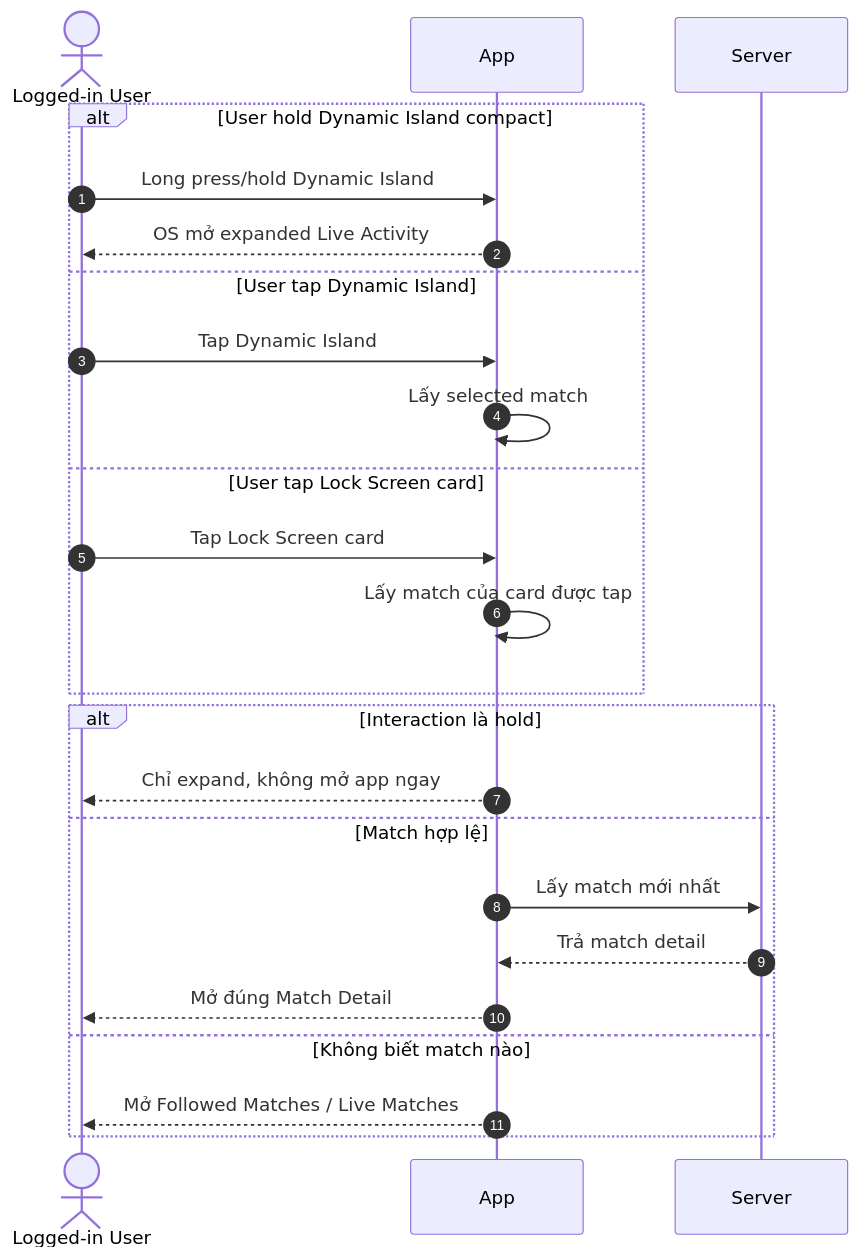
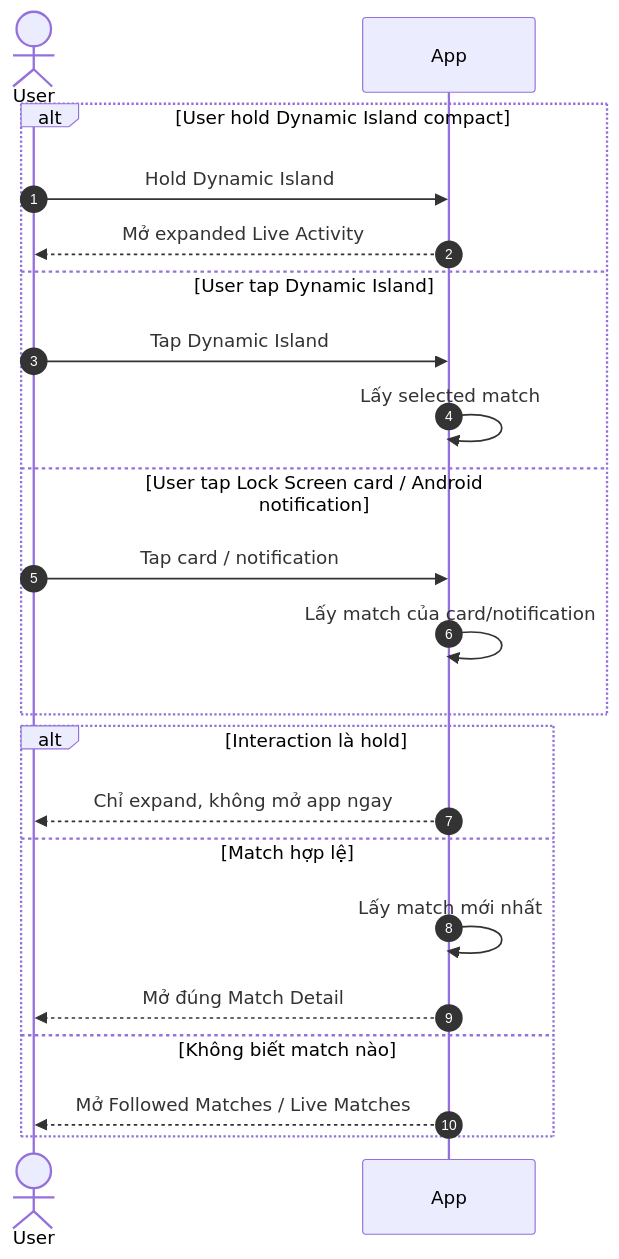
Before and after one commit to duongdang1136/FPTPLay: the fourth of 4 diagrams in features/final-docs/Sport-Zone/Live-Activity/product/live-activity-user-flows-functional-requirements.md, drawn with Mermaid. The commit also changed other lines of this file, not shown here.

Commit message:
docs: simplify live activity flow diagrams

````diff
--- a/features/final-docs/Sport-Zone/Live-Activity/product/live-activity-user-flows-functional-requirements.md
+++ b/features/final-docs/Sport-Zone/Live-Activity/product/live-activity-user-flows-functional-requirements.md
@@ -370,29 +367,27 @@
 ```mermaid
 sequenceDiagram
     autonumber
 
-    actor User as Logged-in User
+    actor User as User
     participant App
-    participant Server
 
     alt User hold Dynamic Island compact
-        User->>App: Long press/hold Dynamic Island
-        App-->>User: OS mở expanded Live Activity
+        User->>App: Hold Dynamic Island
+        App-->>User: Mở expanded Live Activity
     else User tap Dynamic Island
         User->>App: Tap Dynamic Island
         App->>App: Lấy selected match
-    else User tap Lock Screen card
-        User->>App: Tap Lock Screen card
-        App->>App: Lấy match của card được tap
+    else User tap Lock Screen card / Android notification
+        User->>App: Tap card / notification
+        App->>App: Lấy match của card/notification
     end
 
     alt Interaction là hold
         App-->>User: Chỉ expand, không mở app ngay
     else Match hợp lệ
-        App->>Server: Lấy match mới nhất
-        Server-->>App: Trả match detail
+        App->>App: Lấy match mới nhất
         App-->>User: Mở đúng Match Detail
     else Không biết match nào
         App-->>User: Mở Followed Matches / Live Matches
     end
 ```
````
